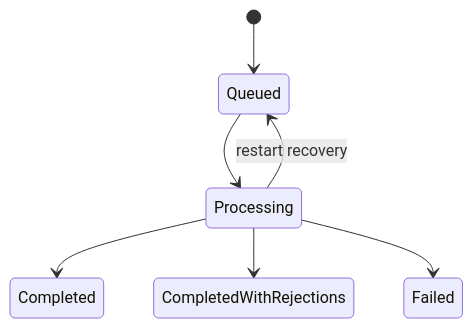
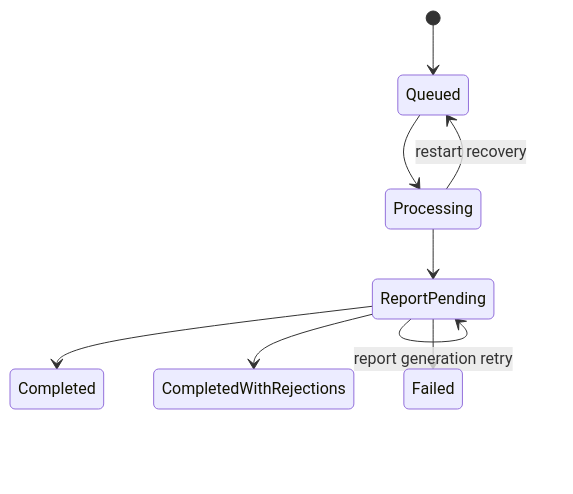
One commit to samuel-santos-engineer/MarketplaceCatalogConsolidator changed the second of 2 diagrams in docs/MarketplaceCatalogConsolidator-Solution-Design.md. Above: the diagram before and after it, drawn with Mermaid. The commit also changed other lines of this file and 6 other files, not shown here.

````diff
--- a/docs/MarketplaceCatalogConsolidator-Solution-Design.md
+++ b/docs/MarketplaceCatalogConsolidator-Solution-Design.md
@@ -133,9 +143,11 @@
 ```mermaid
 stateDiagram-v2
     [*] --> Queued
     Queued --> Processing
-    Processing --> Completed
-    Processing --> CompletedWithRejections
-    Processing --> Failed
+    Processing --> ReportPending
+    ReportPending --> Completed
+    ReportPending --> CompletedWithRejections
+    ReportPending --> Failed
+    ReportPending --> ReportPending: report generation retry
     Processing --> Queued: restart recovery
 ```
````
